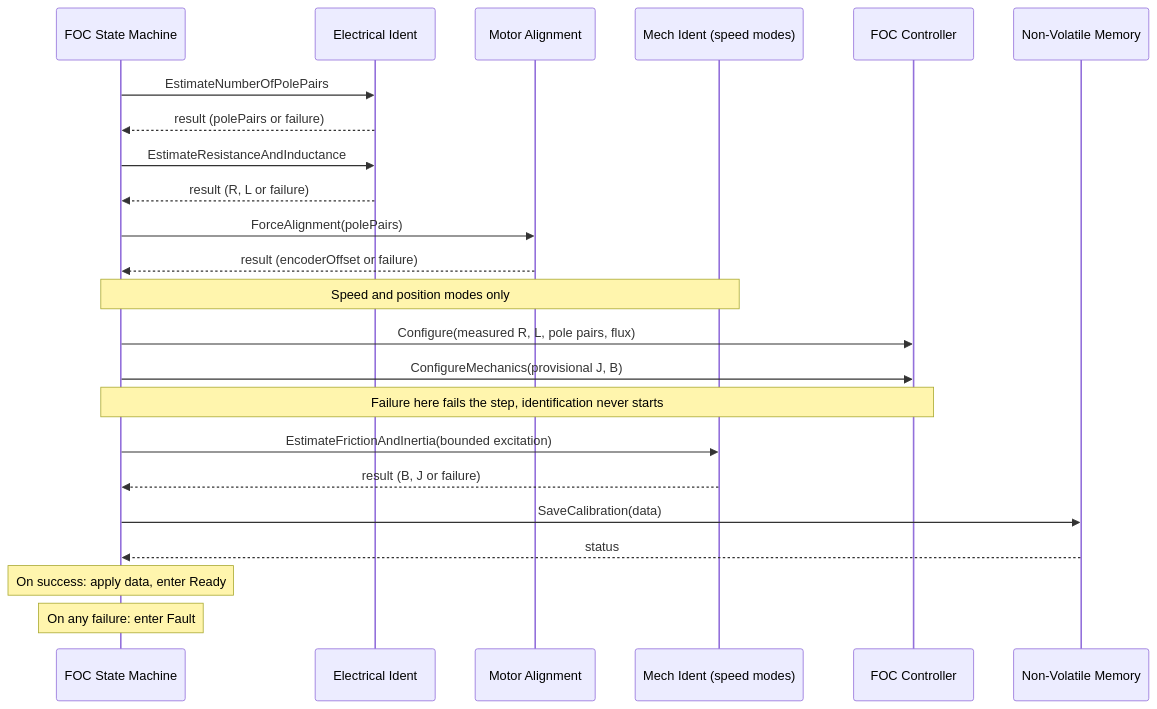
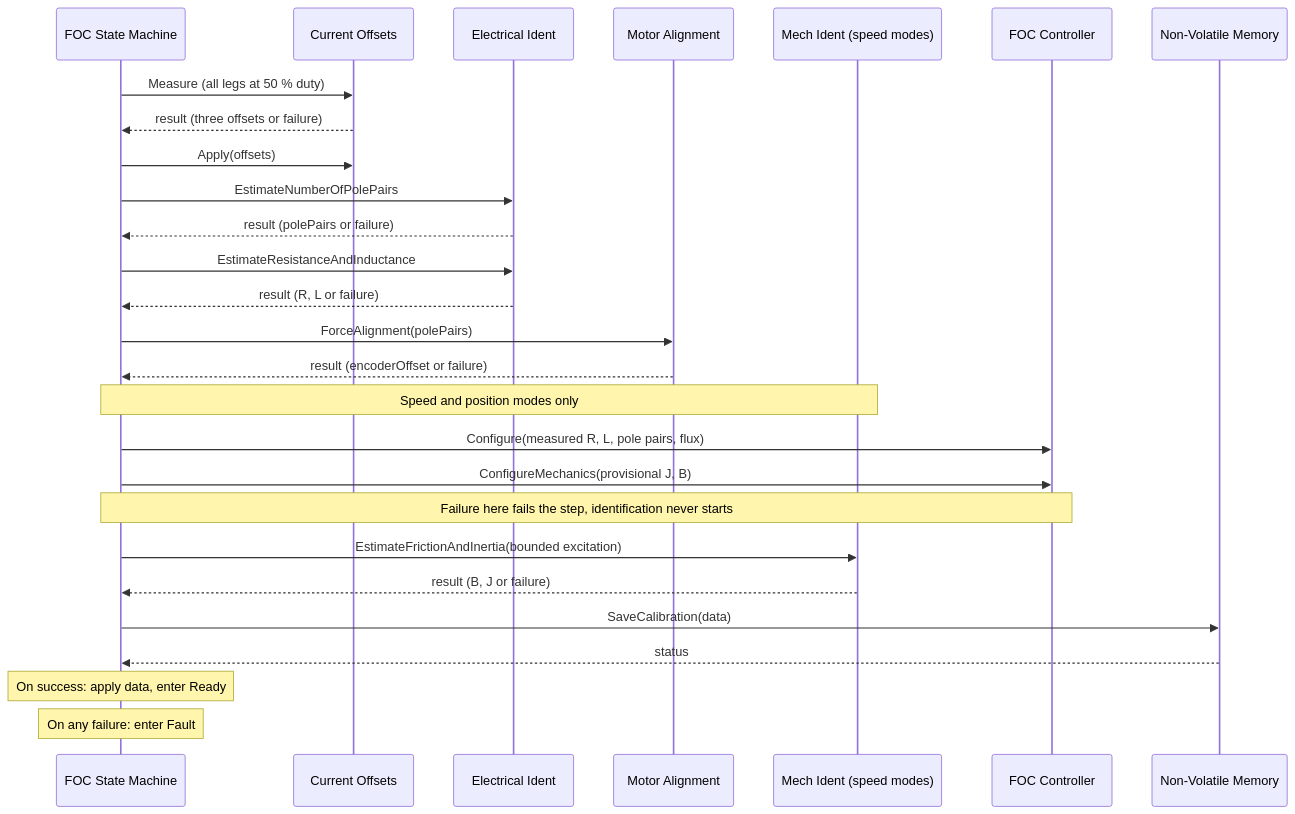
Before and after one commit to embedded-pro/e-foc: the second of 7 diagrams in documentation/design/state-machine.md, drawn with Mermaid. The commit also changed other lines of this file and 39 other files, not shown here.

````diff
--- a/documentation/design/state-machine.md
+++ b/documentation/design/state-machine.md
@@ -226,26 +226,30 @@
 ```mermaid
 sequenceDiagram
     participant SM as FOC State Machine
+    participant CO as Current Offsets
     participant EI as Electrical Ident
     participant MA as Motor Alignment
     participant MI as Mech Ident (speed modes)
     participant FOC as FOC Controller
     participant NVM as Non-Volatile Memory
 
+    SM->>CO: Measure (all legs at 50 % duty)
+    CO-->>SM: result (three offsets or failure)
+    SM->>CO: Apply(offsets)
     SM->>EI: EstimateNumberOfPolePairs
     EI-->>SM: result (polePairs or failure)
     SM->>EI: EstimateResistanceAndInductance
     EI-->>SM: result (R, L or failure)
     SM->>MA: ForceAlignment(polePairs)
     MA-->>SM: result (encoderOffset or failure)
     note over SM,MI: Speed and position modes only
     SM->>FOC: Configure(measured R, L, pole pairs, flux)
     SM->>FOC: ConfigureMechanics(provisional J, B)
     note over SM,FOC: Failure here fails the step, identification never starts
     SM->>MI: EstimateFrictionAndInertia(bounded excitation)
     MI-->>SM: result (B, J or failure)
     SM->>NVM: SaveCalibration(data)
     NVM-->>SM: status
     note over SM: On success: apply data, enter Ready
     note over SM: On any failure: enter Fault
 ```
````
